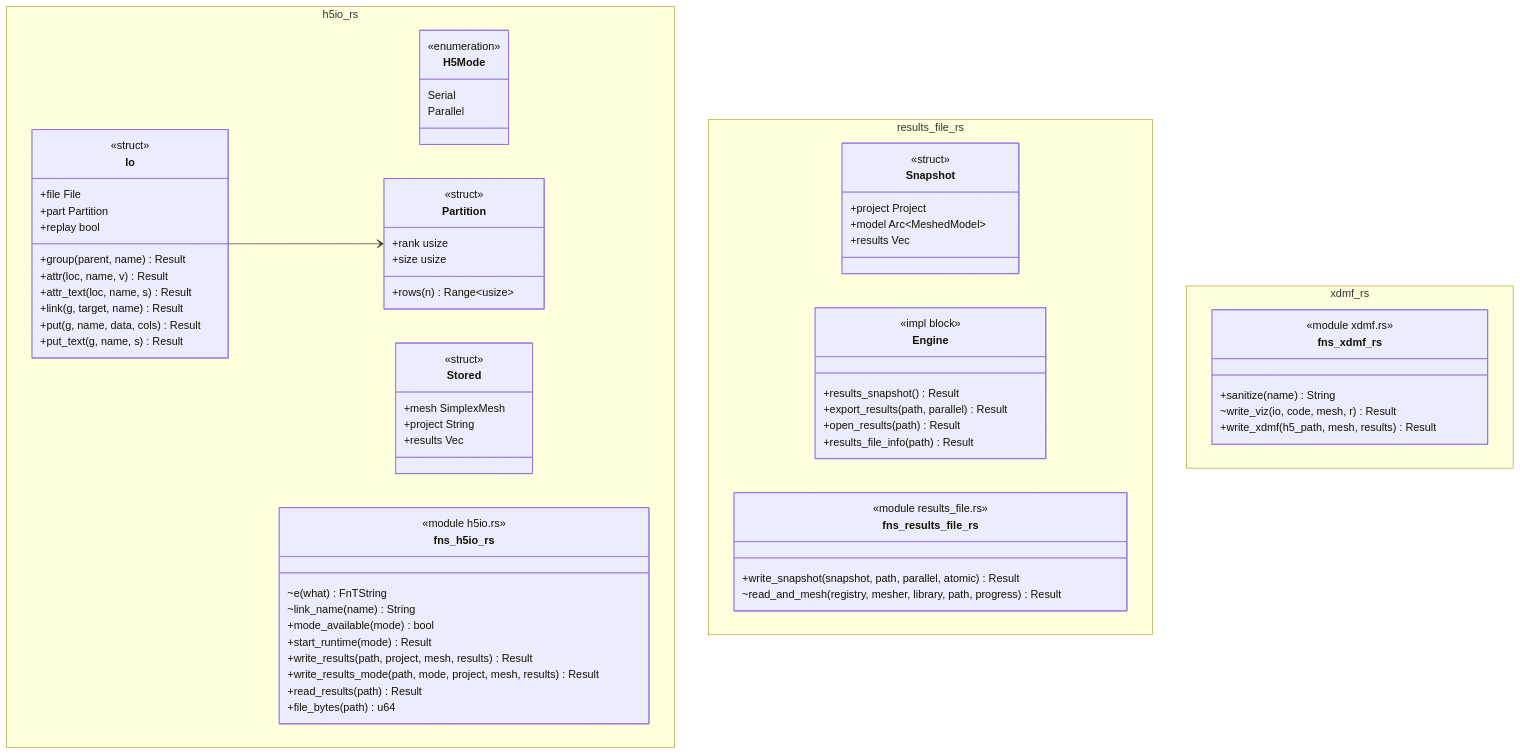
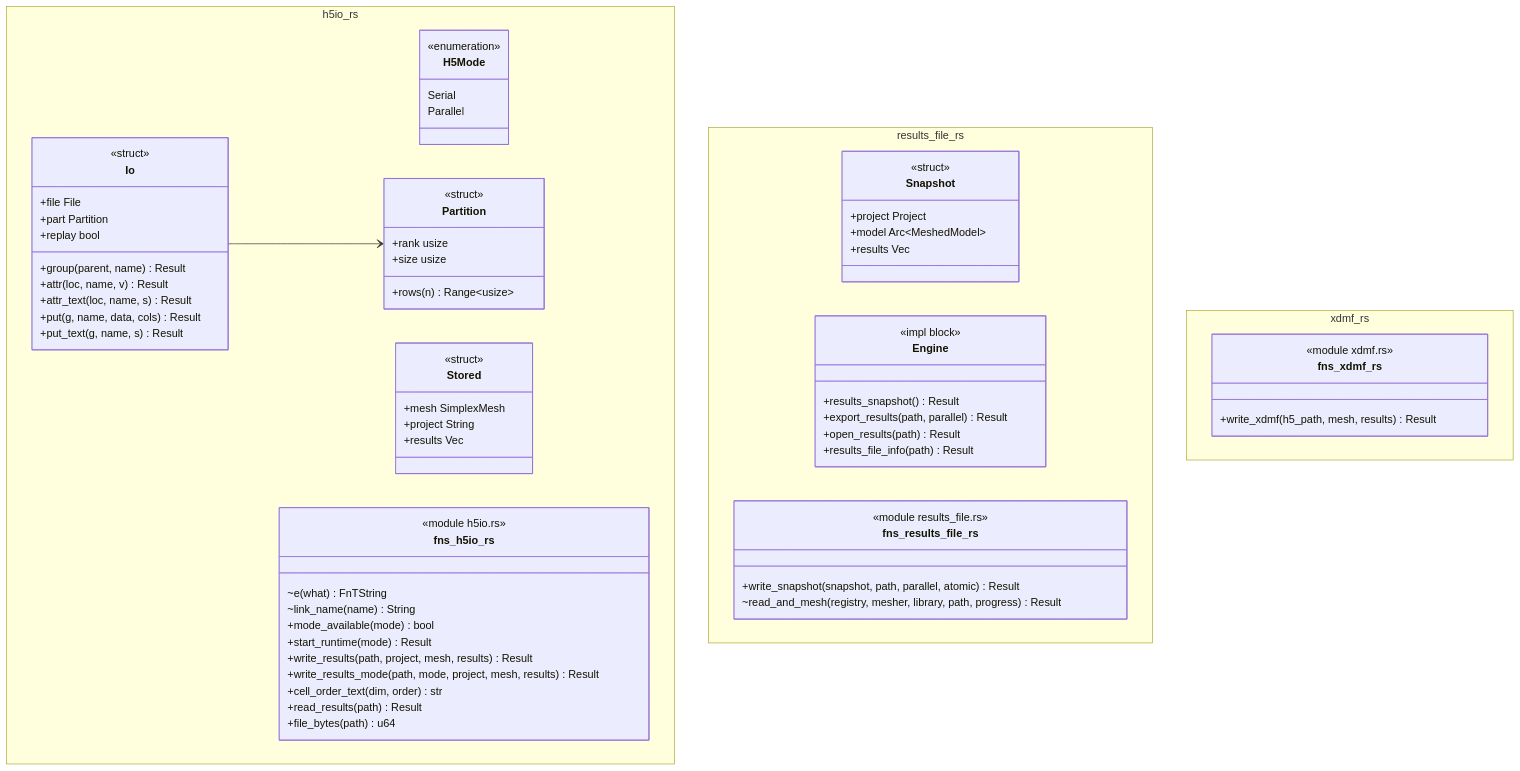
Before and after one commit to p-j-r/nyx: the diagram in docs/architecture/c4/4-code/engine/resultsIO.md, drawn with Mermaid. The commit also changed other lines of this file and 79 other files, not shown here.

First line of the commit message:
Figures of modes: results layout 4 (one documented node order, no /viz group), nyx-analysis section/modeview/canvas/raster/figure, engine command figure (SVG and PNG), XDMF as a nyx-only index of the stored datasets, ADR 99 (provisional), C4 pages rebuilt

````diff
--- a/docs/architecture/c4/4-code/engine/resultsIO.md
+++ b/docs/architecture/c4/4-code/engine/resultsIO.md
@@ -42,74 +42,72 @@
 ```mermaid
 classDiagram
   namespace h5io_rs {
     class H5Mode {
         <<enumeration>>
         Serial
         Parallel
     }
     class Partition {
         <<struct>>
         +rank usize
         +size usize
         +rows(n) Range~usize~
     }
     class Io {
         <<struct>>
         +file File
         +part Partition
         +replay bool
         +group(parent, name) Result
         +attr(loc, name, v) Result
         +attr_text(loc, name, s) Result
-        +link(g, target, name) Result
         +put(g, name, data, cols) Result
         +put_text(g, name, s) Result
     }
     class Stored {
         <<struct>>
         +mesh SimplexMesh
         +project String
         +results Vec
     }
     class fns_h5io_rs {
         <<module h5io.rs>>
         ~e(what) FnTString
         ~link_name(name) String
         +mode_available(mode) bool
         +start_runtime(mode) Result
         +write_results(path, project, mesh, results) Result
         +write_results_mode(path, mode, project, mesh, results) Result
+        +cell_order_text(dim, order) str
         +read_results(path) Result
         +file_bytes(path) u64
     }
   }
   namespace results_file_rs {
     class Snapshot {
         <<struct>>
         +project Project
         +model Arc~MeshedModel~
         +results Vec
     }
     class Engine {
         <<impl block>>
         +results_snapshot() Result
         +export_results(path, parallel) Result
         +open_results(path) Result
         +results_file_info(path) Result
     }
     class fns_results_file_rs {
         <<module results_file.rs>>
         +write_snapshot(snapshot, path, parallel, atomic) Result
         ~read_and_mesh(registry, mesher, library, path, progress) Result
     }
   }
   namespace xdmf_rs {
     class fns_xdmf_rs {
         <<module xdmf.rs>>
-        +sanitize(name) String
-        ~write_viz(io, code, mesh, r) Result
         +write_xdmf(h5_path, mesh, results) Result
     }
   }
   Io --> Partition
 ```
````
